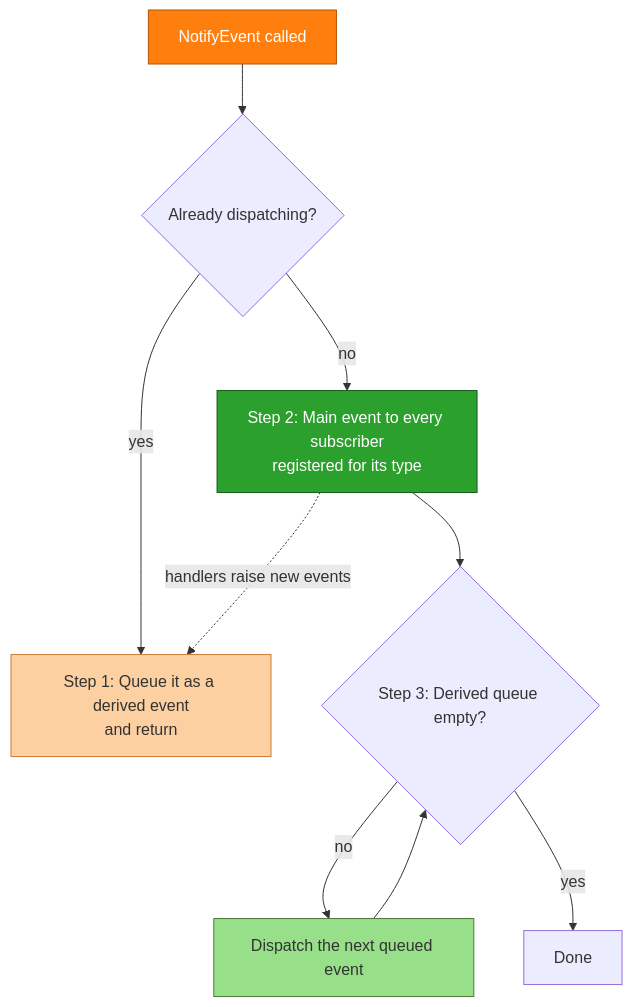
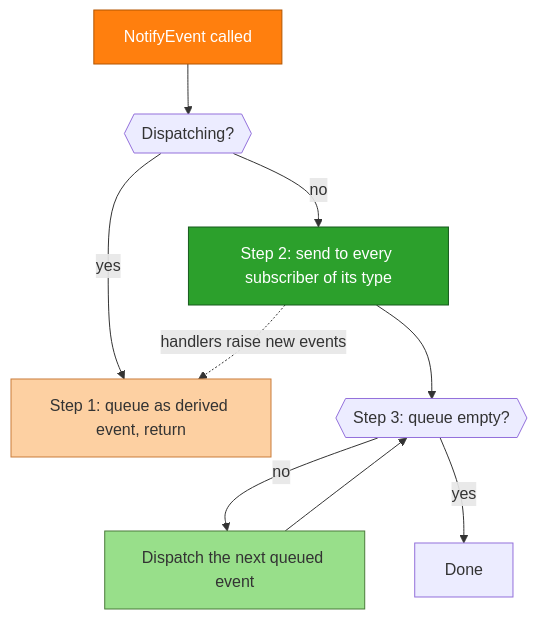
One commit to e-choness/portfolio-site changed the third of 3 diagrams in _posts/2024-06-03-pubsub-game-backend.md. Above: the diagram before and after it, drawn with Mermaid. The commit also changed 22 other files, not shown here.

Commit message:
improve diagram display

````diff
--- a/_posts/2024-06-03-pubsub-game-backend.md
+++ b/_posts/2024-06-03-pubsub-game-backend.md
@@ -204,16 +204,16 @@
 ```mermaid
 graph TD
-    E[NotifyEvent called] --> C{Already dispatching?}
-    C -- yes --> Q[Step 1: Queue it as a derived event<br/>and return]
-    C -- no --> H[Step 2: Main event to every subscriber<br/>registered for its type]
+    E[NotifyEvent called] --> C@{ shape: hex, label: "Dispatching?" }
+    C -- yes --> Q[Step 1: queue as derived event, return]
+    C -- no --> H[Step 2: send to every subscriber of its type]
     H -. handlers raise new events .-> Q
-    H --> DQ{Step 3: Derived queue empty?}
+    H --> DQ@{ shape: hex, label: "Step 3: queue empty?" }
     DQ -- no --> N[Dispatch the next queued event]
     N --> DQ
     DQ -- yes --> X[Done]
 
     style E fill:#ff7f0e,stroke:#b35500,color:#fff;
     style Q fill:#fdd0a2,stroke:#c97c3a;
     style H fill:#2ca02c,stroke:#165a1c,color:#fff;
     style N fill:#98df8a,stroke:#4a7b3a;
 ```
````
